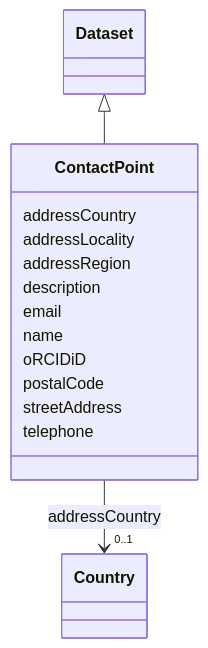
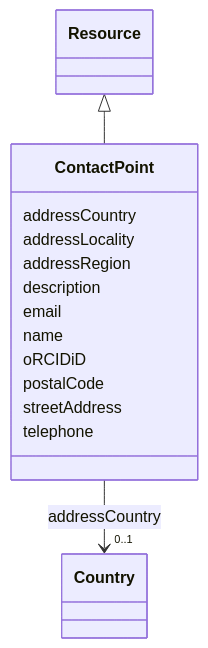
Before and after one commit to EVORA-project/evora-ontology: the diagram in models/docs/ContactPoint.md, drawn with Mermaid. The commit also changed other lines of this file and 208 other files, not shown here.

````diff
--- a/models/docs/ContactPoint.md
+++ b/models/docs/ContactPoint.md
@@ -19,36 +19,36 @@
 ```mermaid
  classDiagram
     class ContactPoint
     click ContactPoint href "../ContactPoint"
-      Dataset <|-- ContactPoint
-        click Dataset href "../Dataset"
+      Resource <|-- ContactPoint
+        click Resource href "../Resource"
       
       ContactPoint : addressCountry
         
           
     
     
     ContactPoint --> "0..1" Country : addressCountry
     click Country href "../Country"
 
         
       ContactPoint : addressLocality
         
       ContactPoint : addressRegion
         
       ContactPoint : description
         
       ContactPoint : email
         
       ContactPoint : name
         
       ContactPoint : oRCIDiD
         
       ContactPoint : postalCode
         
       ContactPoint : streetAddress
         
       ContactPoint : telephone
         
       
 ```
````
